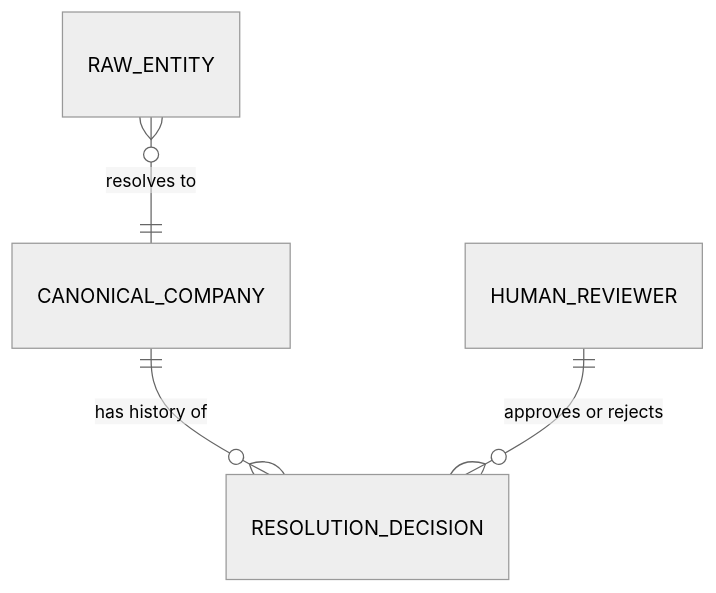
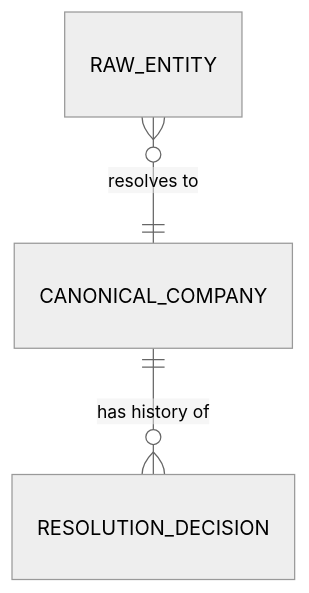
The first of 8 diagrams in README.md (jcernauske/sec-edgair), drawn with Mermaid (neutral theme) before and after one commit. The commit also changed other lines of this file, not shown here.

````diff
--- a/README.md
+++ b/README.md
@@ -269,6 +190,5 @@
 ```mermaid
 erDiagram
     RAW_ENTITY }o--|| CANONICAL_COMPANY : "resolves to"
     CANONICAL_COMPANY ||--o{ RESOLUTION_DECISION : "has history of"
-    HUMAN_REVIEWER ||--o{ RESOLUTION_DECISION : "approves or rejects"
 ```
````
